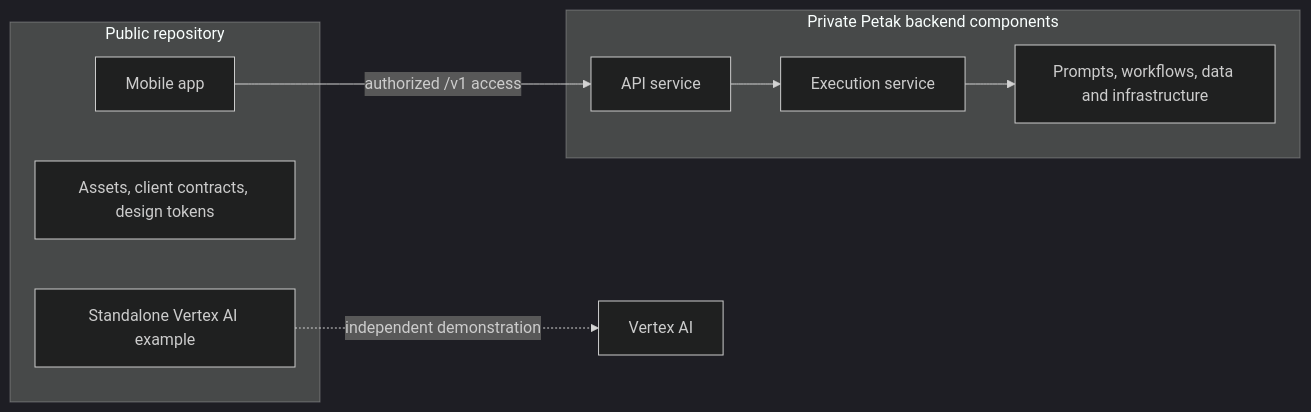
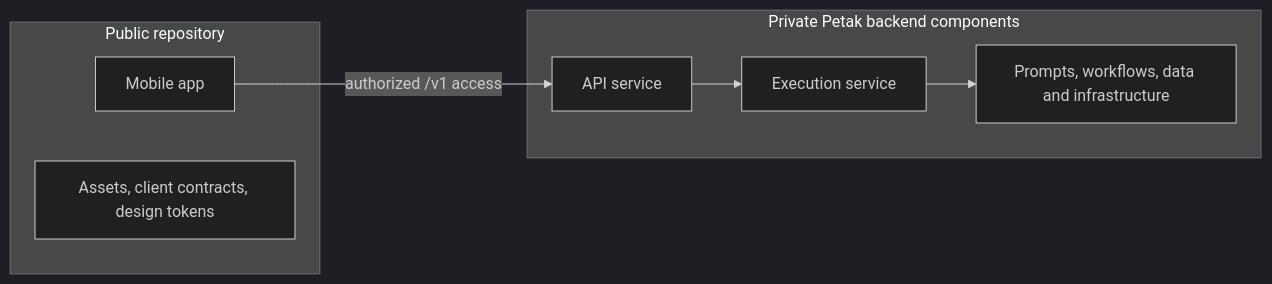
Before and after one commit to FhikarZul/petak-builder-cup-2026: the third of 3 diagrams in docs/architecture.md, drawn with Mermaid (dark theme). The commit also changed other lines of this file and 21 other files, not shown here.

Commit message:
Remove standalone Vertex AI example from public submission

````diff
--- a/docs/architecture.md
+++ b/docs/architecture.md
@@ -84,17 +85,15 @@
 ```mermaid
 flowchart LR
   subgraph Public["Public repository"]
     App["Mobile app"]
     Packages["Assets, client contracts, design tokens"]
-    Demo["Standalone Vertex AI example"]
   end
   subgraph Private["Private Petak backend components"]
     API["API service"]
     Worker["Execution service"]
     Internals["Prompts, workflows, data and infrastructure"]
   end
   App -->|authorized /v1 access| API
   API --> Worker
   Worker --> Internals
-  Demo -.->|independent demonstration| Vertex["Vertex AI"]
 ```
````
